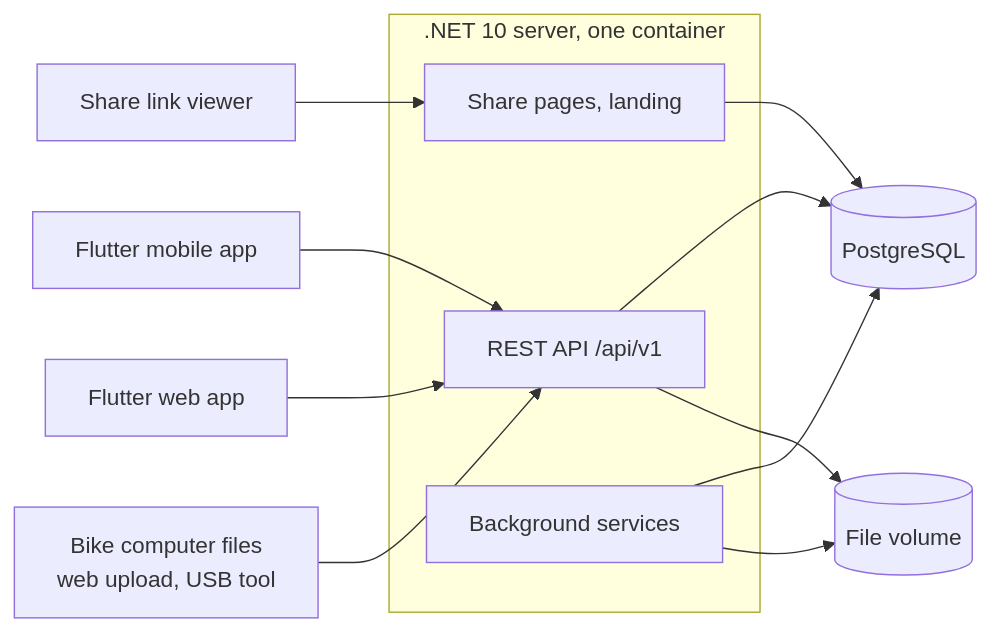
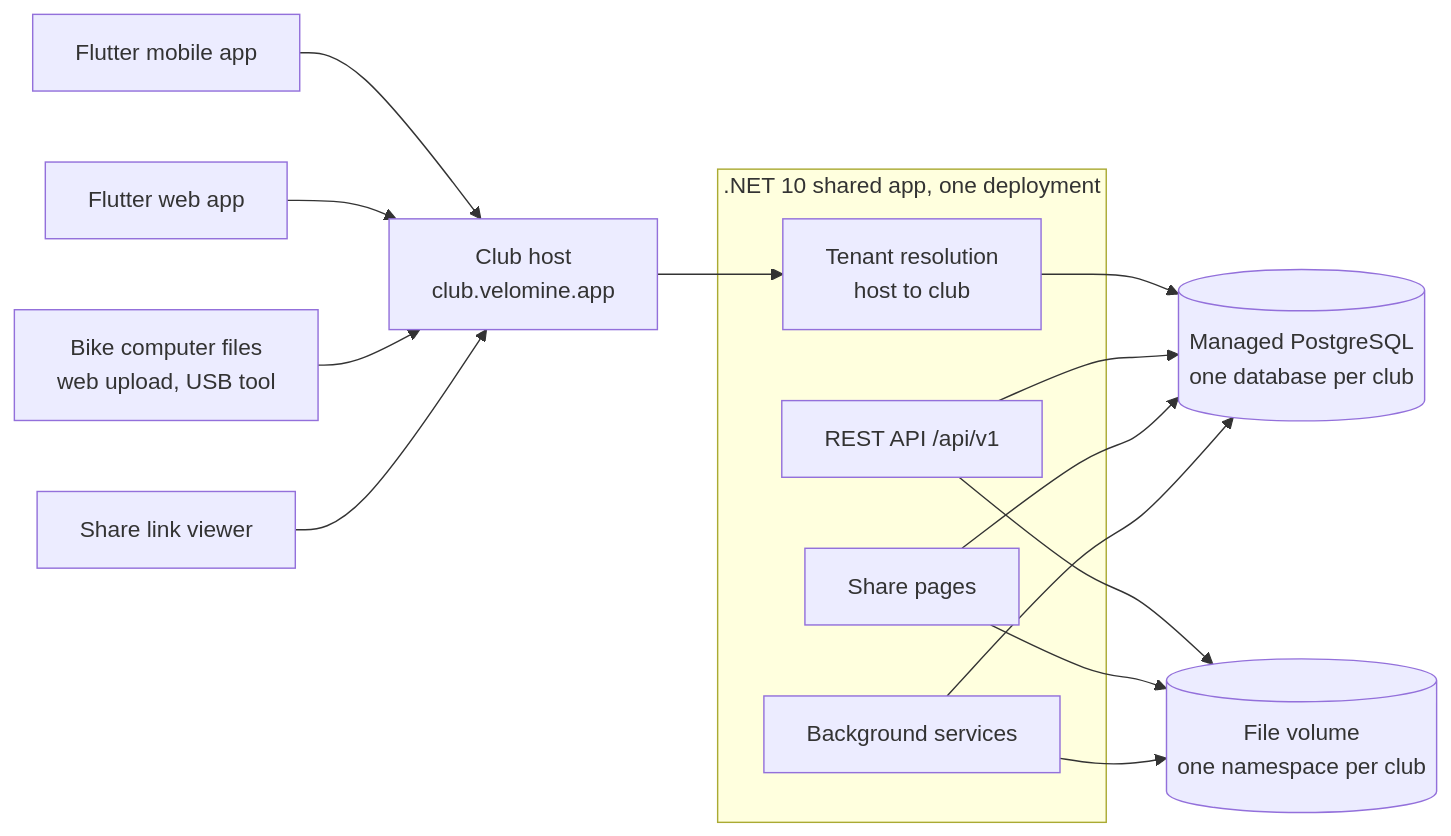
Before and after one commit to zenkraker/Velomine: the first of 4 diagrams in docs/architecture.md, drawn with Mermaid. The commit also changed other lines of this file and 78 other files, not shown here.

````diff
--- a/docs/architecture.md
+++ b/docs/architecture.md
@@ -17,19 +19,23 @@
 ```mermaid
 flowchart LR
-  M[Flutter mobile app] --> API
-  W[Flutter web app] --> API
-  U[Bike computer files<br/>web upload, USB tool] --> API
-  V[Share link viewer] --> HTML
+  M[Flutter mobile app] --> HOST[Club host<br/>club.velomine.app]
+  W[Flutter web app] --> HOST
+  U[Bike computer files<br/>web upload, USB tool] --> HOST
+  V[Share link viewer] --> HOST
 
-  subgraph Server[".NET 10 server, one container"]
+  subgraph App[".NET 10 shared app, one deployment"]
+    RES[Tenant resolution<br/>host to club]
     API[REST API /api/v1]
-    HTML[Share pages, landing]
+    HTML[Share pages]
     BG[Background services]
   end
 
-  API --> DB[(PostgreSQL)]
-  HTML --> DB
-  BG --> DB
-  API --> FS[(File volume)]
+  HOST --> RES
+  RES --> PG[(Managed PostgreSQL<br/>one database per club)]
+  API --> PG
+  HTML --> PG
+  BG --> PG
+  API --> FS[(File volume<br/>one namespace per club)]
+  HTML --> FS
   BG --> FS
 ```
````
